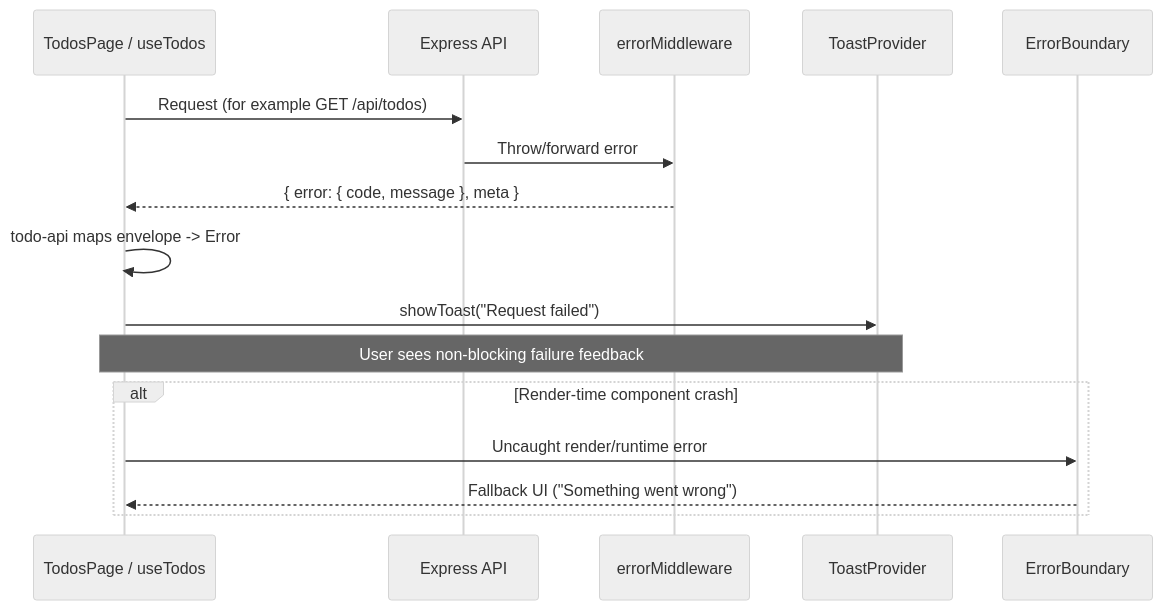
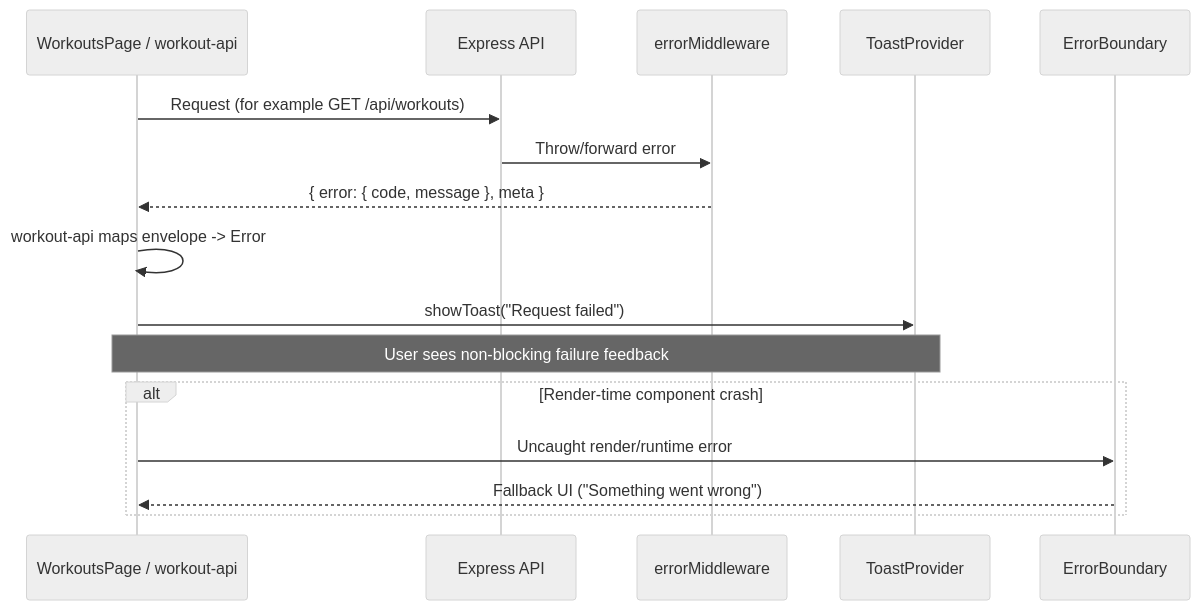
One commit to Zhiwutian/workout-tracker changed the second of 2 diagrams in docs/app-startup-walkthrough.md. Above: the diagram before and after it, drawn with Mermaid (neutral theme). The commit also changed other lines of this file and 104 other files, not shown here.

````diff
--- a/docs/app-startup-walkthrough.md
+++ b/docs/app-startup-walkthrough.md
@@ -101,20 +101,20 @@
 ```mermaid
 sequenceDiagram
-    participant React as TodosPage / useTodos
+    participant React as WorkoutsPage / workout-api
     participant API as Express API
     participant Middleware as errorMiddleware
     participant Toast as ToastProvider
     participant Boundary as ErrorBoundary
 
-    React->>API: Request (for example GET /api/todos)
+    React->>API: Request (for example GET /api/workouts)
     API->>Middleware: Throw/forward error
     Middleware-->>React: { error: { code, message }, meta }
-    React->>React: todo-api maps envelope -> Error
+    React->>React: workout-api maps envelope -> Error
     React->>Toast: showToast("Request failed")
     Note over React,Toast: User sees non-blocking failure feedback
 
     alt Render-time component crash
       React->>Boundary: Uncaught render/runtime error
       Boundary-->>React: Fallback UI ("Something went wrong")
     end
 ```
````
